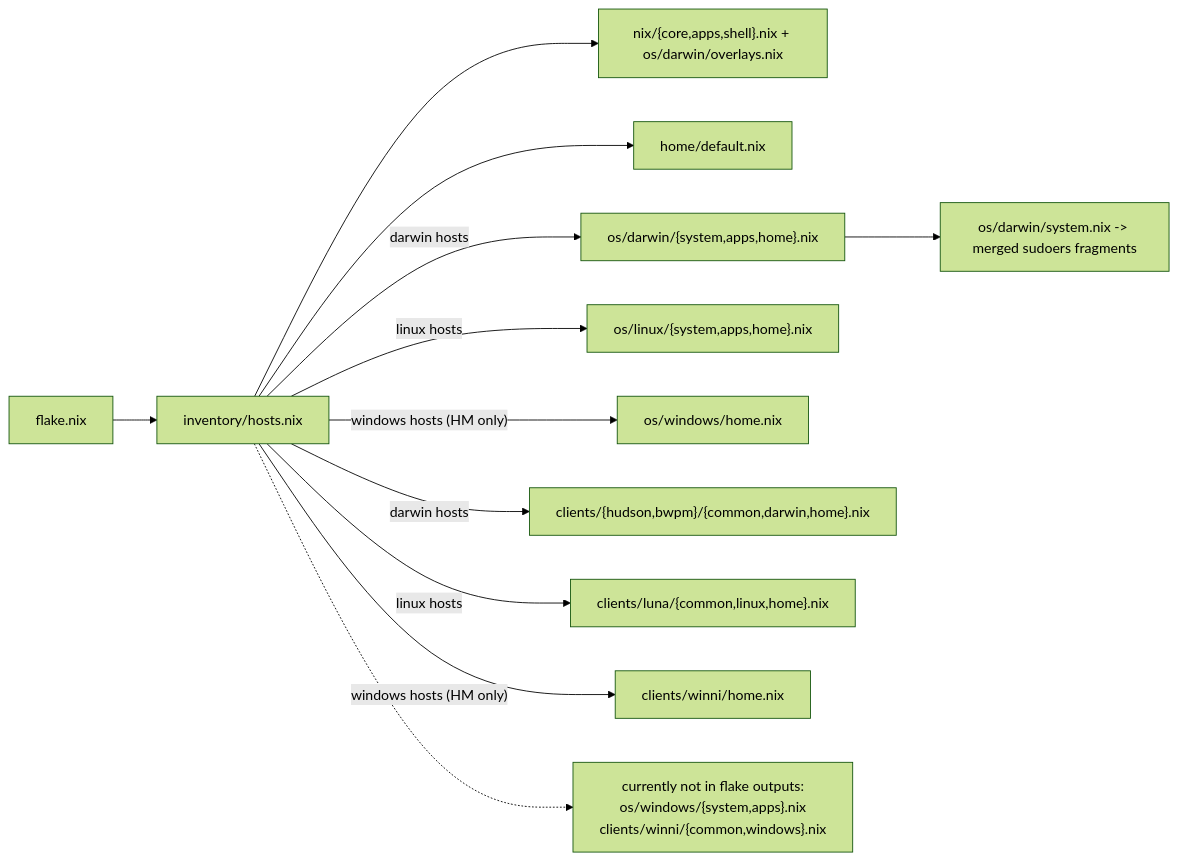
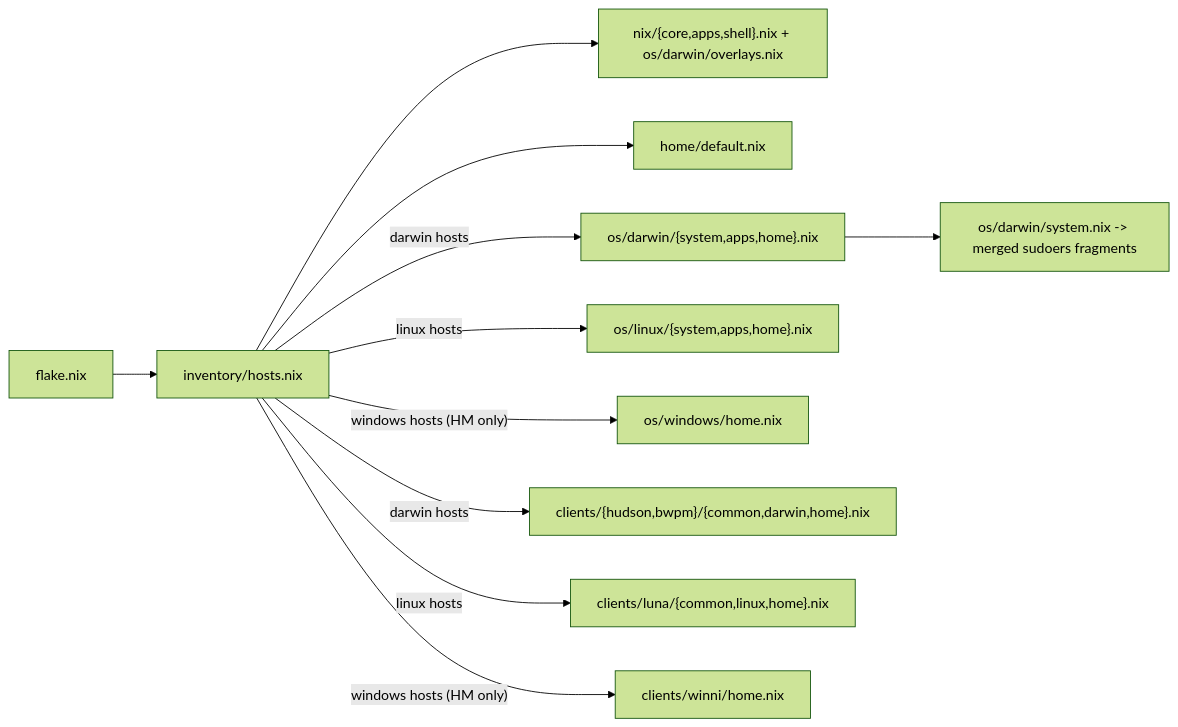
One commit to ststefa/ststefanix changed the diagram in README.md. Above: the diagram before and after it, drawn with Mermaid (forest theme). The commit also changed other lines of this file and 1 other file, not shown here.

````diff
--- a/README.md
+++ b/README.md
@@ -170,35 +177,33 @@
 ```mermaid
-flowchart LR
+graph LR
   flake["flake.nix"]
   hosts["inventory/hosts.nix"]
 
   flake --> hosts
 
   base["nix/{core,apps,shell}.nix + os/darwin/overlays.nix"]
   home_default["home/default.nix"]
 
   os_darwin["os/darwin/{system,apps,home}.nix"]
   os_linux["os/linux/{system,apps,home}.nix"]
   os_windows_home["os/windows/home.nix"]
 
   clients_darwin["clients/{hudson,bwpm}/{common,darwin,home}.nix"]
   clients_linux["clients/luna/{common,linux,home}.nix"]
   clients_windows_home["clients/winni/home.nix"]
 
   extra_darwin["os/darwin/system.nix -> merged sudoers fragments"]
-  unreachable_windows["currently not in flake outputs:\nos/windows/{system,apps}.nix\nclients/winni/{common,windows}.nix"]
 
   hosts -->|"darwin hosts"| os_darwin
   hosts -->|"linux hosts"| os_linux
   hosts -->|"windows hosts (HM only)"| os_windows_home
 
   hosts -->|"darwin hosts"| clients_darwin
   hosts -->|"linux hosts"| clients_linux
   hosts -->|"windows hosts (HM only)"| clients_windows_home
 
   hosts --> base
   hosts --> home_default
 
   os_darwin --> extra_darwin
-  hosts -.-> unreachable_windows
 ```
````
